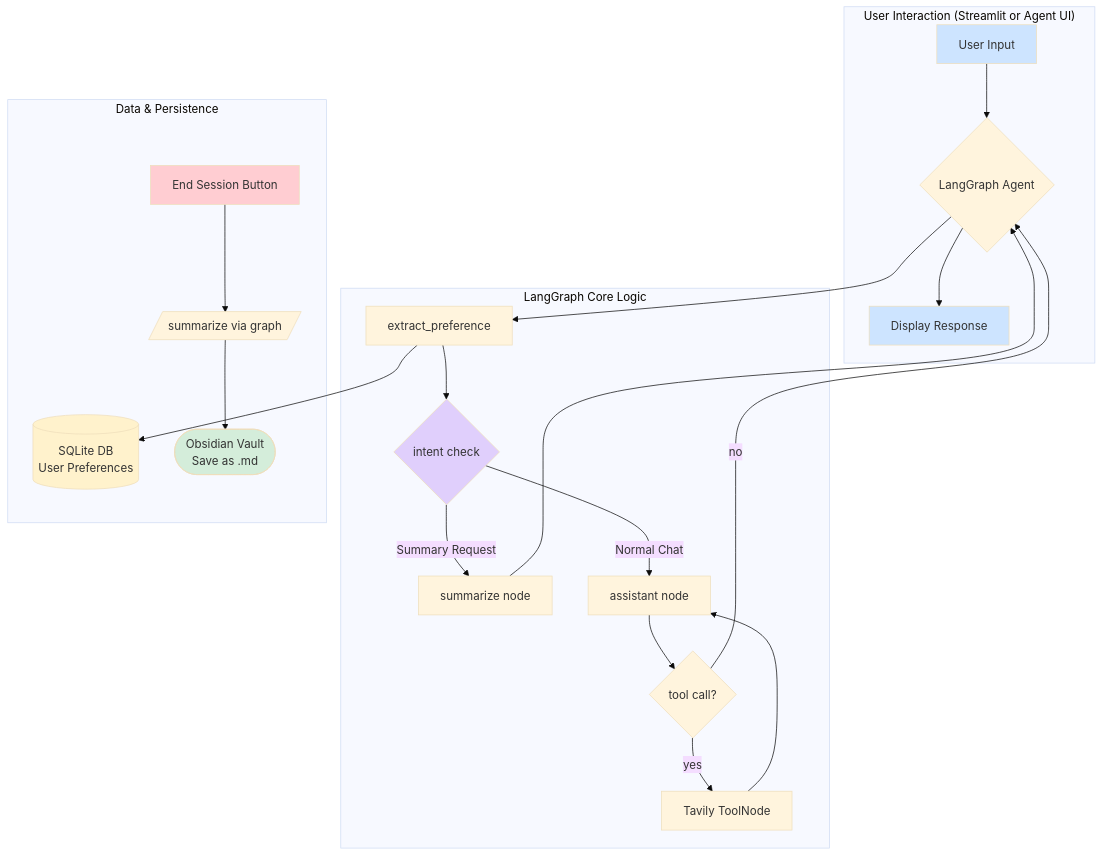
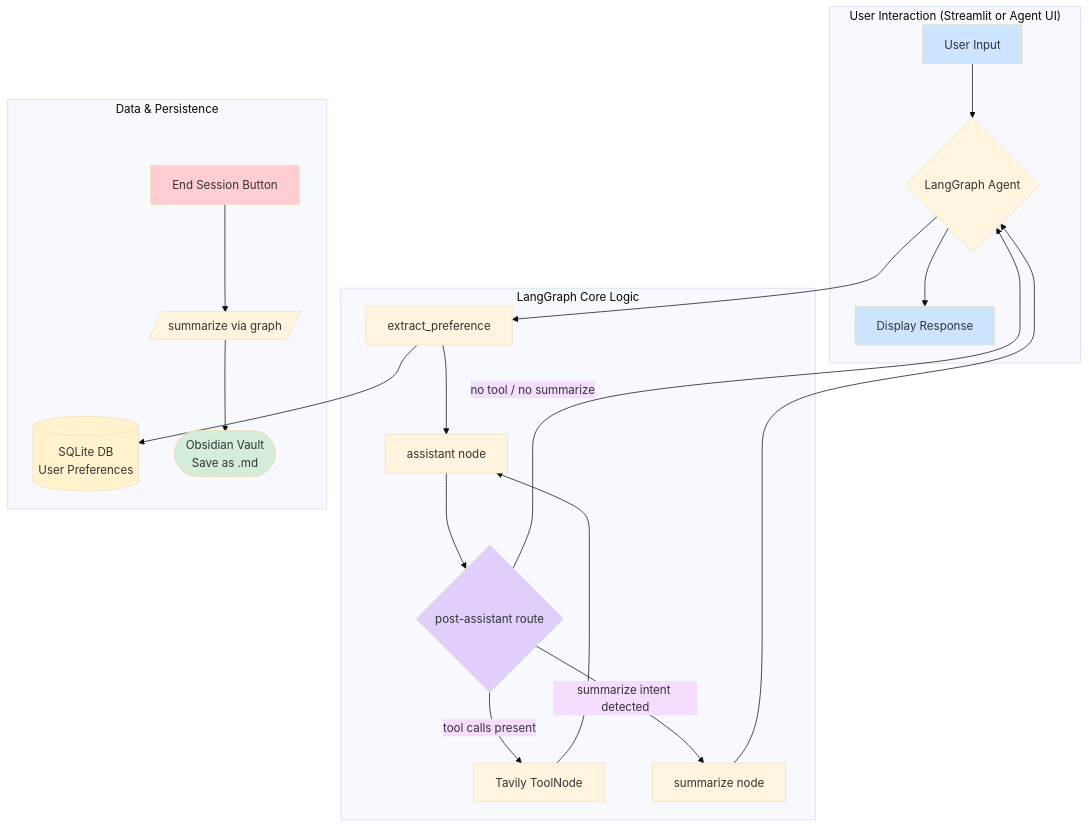
The diagram in README.md (thomastv/CogniGraph), drawn with Mermaid (base theme) before and after one commit. The commit also changed other lines of this file and 1 other file, not shown here.

Commit message:
Refactor summarization routing logic in graph.py and update README to reflect new post-assistant summary handling

````diff
--- a/README.md
+++ b/README.md
@@ -13,33 +13,32 @@
 ```mermaid
 graph TD
     subgraph "User Interaction (Streamlit or Agent UI)"
         A[User Input] --> B{LangGraph Agent};
         B --> C[Display Response];
     end
 
     subgraph "LangGraph Core Logic"
         B --> D[extract_preference];
-        D --> E{intent check};
-        E -- Summary Request --> F[summarize node];
-        E -- Normal Chat --> G[assistant node];
-        G --> H{tool call?};
-        H -- yes --> I[Tavily ToolNode];
-        I --> G;
-        H -- no --> B;
-        F --> B;
+        D --> E[assistant node];
+        E --> F{post-assistant route};
+        F -- tool calls present --> G[Tavily ToolNode];
+        G --> E;
+        F -- summarize intent detected --> H[summarize node];
+        H --> B;
+        F -- no tool / no summarize --> B;
     end
 
     subgraph "Data & Persistence"
         D --> J[(SQLite DB<br>User Preferences)];
         K[End Session Button] --> L[/summarize via graph/];
         L --> M([Obsidian Vault<br>Save as .md]);
     end
 
     style A fill:#cde4ff
     style C fill:#cde4ff
     style K fill:#ffcdd2
     style M fill:#d4edda
     style J fill:#fff2cc
-    style E fill:#e0cffc
+    style F fill:#e0cffc
 
 ```
````
